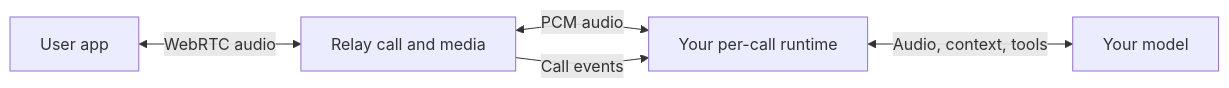
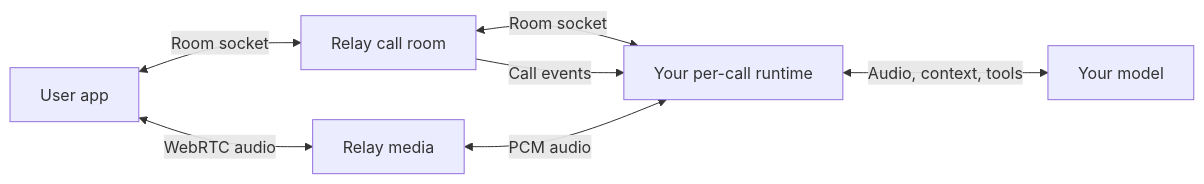
Before and after one commit to RelayMessenger/Relay-Docs: the first of 2 diagrams in calls/index.mdx, drawn with Mermaid. The commit also changed other lines of this file and 1 other file, not shown here.

Commit message:
Calls overview: room object in the diagram, room route in the operations table

````diff
--- a/calls/index.mdx
+++ b/calls/index.mdx
@@ -14,7 +14,9 @@
 ```mermaid
 flowchart LR
-  App["User app"] <-->|"WebRTC audio"| Relay["Relay call and media"]
-  Relay <-->|"PCM audio"| Runtime["Your per-call runtime"]
+  App["User app"] <-->|"Room socket"| Room["Relay call room"]
+  Room <-->|"Room socket"| Runtime["Your per-call runtime"]
+  App <-->|"WebRTC audio"| Media["Relay media"]
+  Media <-->|"PCM audio"| Runtime
   Runtime <-->|"Audio, context, tools"| Model["Your model"]
-  Relay -->|"Call events"| Runtime
+  Room -->|"Call events"| Runtime
 ```
````
